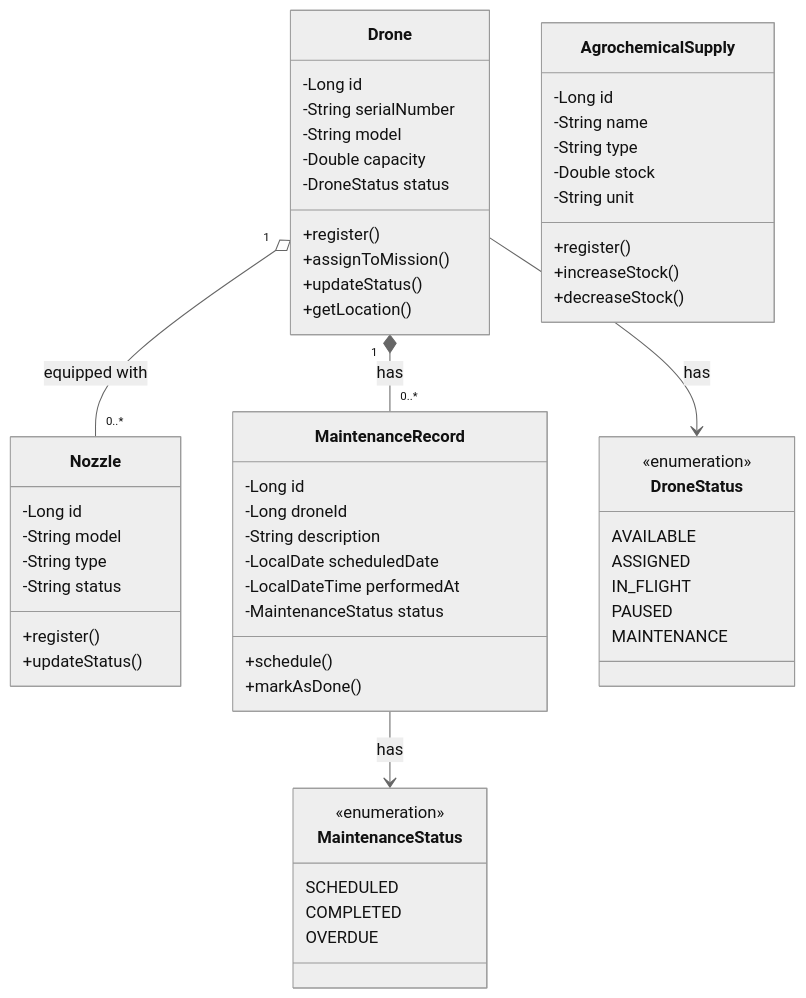
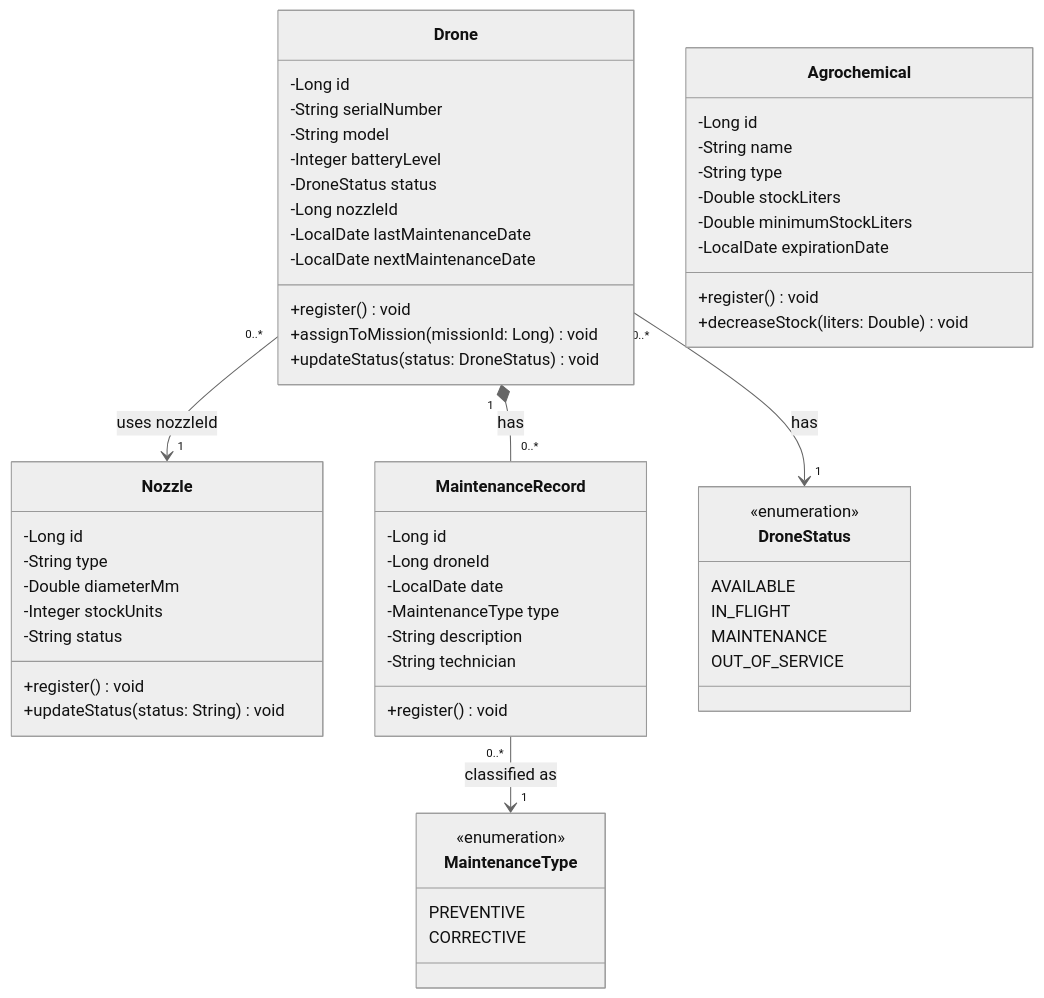
Before and after one commit to Ital0Dmc/Agridron-Report-readme-playground: diagram 12 of 23 in README.md, drawn with Mermaid (neutral theme). The commit also changed other lines of this file, not shown here.

First line of the commit message:
docs: align class diagrams with the frontend data model and user stories

````diff
--- a/README.md
+++ b/README.md
@@ -2600,60 +2617,60 @@
 ```mermaid
 classDiagram
   class Drone {
     -Long id
     -String serialNumber
     -String model
-    -Double capacity
+    -Integer batteryLevel
     -DroneStatus status
-    +register()
-    +assignToMission()
-    +updateStatus()
-    +getLocation()
+    -Long nozzleId
+    -LocalDate lastMaintenanceDate
+    -LocalDate nextMaintenanceDate
+    +register() void
+    +assignToMission(missionId: Long) void
+    +updateStatus(status: DroneStatus) void
   }
-  class AgrochemicalSupply {
+  class Agrochemical {
     -Long id
     -String name
     -String type
-    -Double stock
-    -String unit
-    +register()
-    +increaseStock()
-    +decreaseStock()
+    -Double stockLiters
+    -Double minimumStockLiters
+    -LocalDate expirationDate
+    +register() void
+    +decreaseStock(liters: Double) void
   }
   class Nozzle {
     -Long id
-    -String model
     -String type
+    -Double diameterMm
+    -Integer stockUnits
     -String status
-    +register()
-    +updateStatus()
+    +register() void
+    +updateStatus(status: String) void
   }
   class MaintenanceRecord {
     -Long id
     -Long droneId
+    -LocalDate date
+    -MaintenanceType type
     -String description
-    -LocalDate scheduledDate
-    -LocalDateTime performedAt
-    -MaintenanceStatus status
-    +schedule()
-    +markAsDone()
+    -String technician
+    +register() void
   }
   class DroneStatus {
     <<enumeration>>
     AVAILABLE
-    ASSIGNED
     IN_FLIGHT
-    PAUSED
     MAINTENANCE
+    OUT_OF_SERVICE
   }
-  class MaintenanceStatus {
+  class MaintenanceType {
     <<enumeration>>
-    SCHEDULED
-    COMPLETED
-    OVERDUE
+    PREVENTIVE
+    CORRECTIVE
   }
-  Drone --> DroneStatus : has
-  Drone "1" o-- "0..*" Nozzle : equipped with
+  Drone "0..*" --> "1" DroneStatus : has
+  Drone "0..*" --> "1" Nozzle : uses nozzleId
   Drone "1" *-- "0..*" MaintenanceRecord : has
-  MaintenanceRecord --> MaintenanceStatus : has
+  MaintenanceRecord "0..*" --> "1" MaintenanceType : classified as
 ```
````
